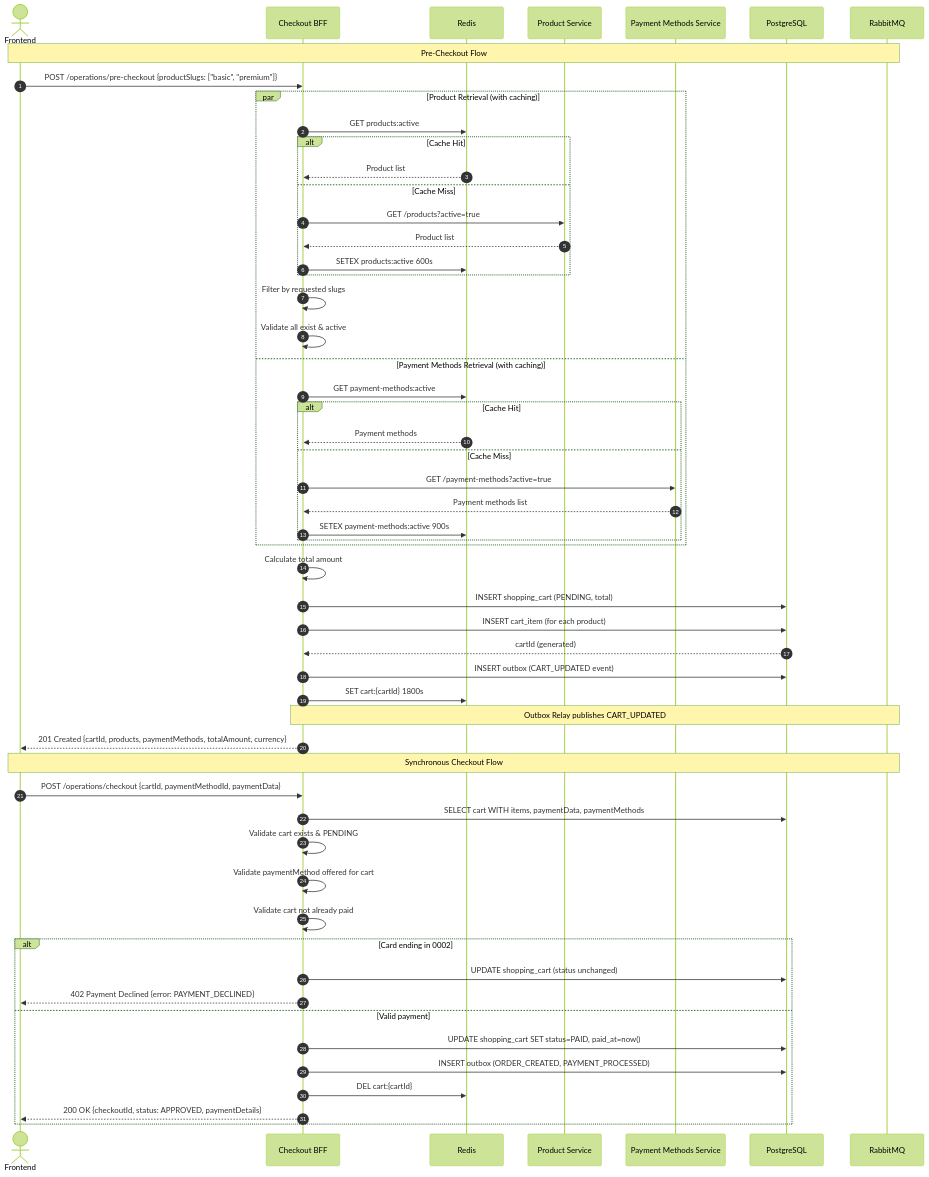
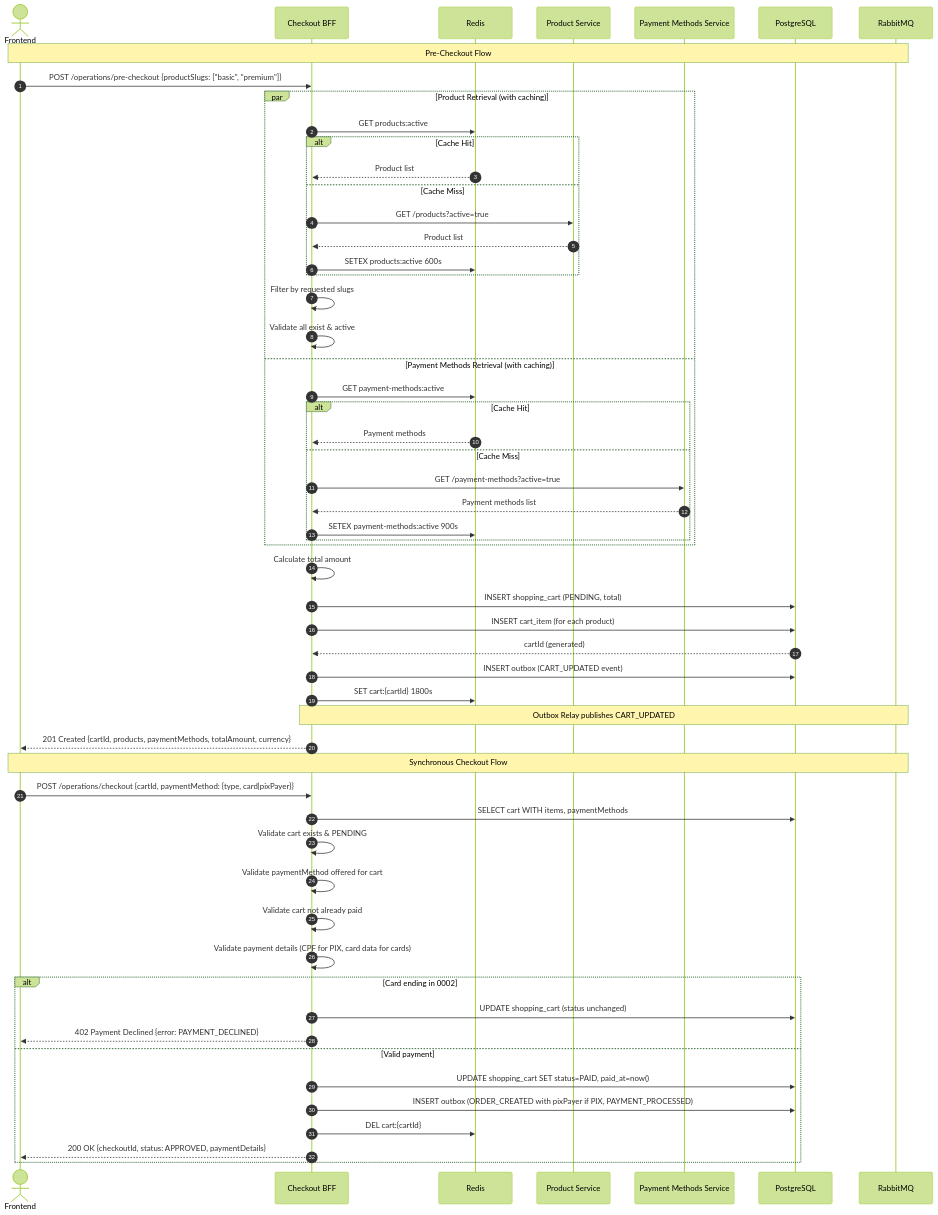
One commit to DavidBNeto/checkout-bff changed the diagram in docs/specs/diagrams/checkout-sequence.mmd. Above: the diagram before and after it, drawn with Mermaid (forest theme). The commit also changed 202 other files, not shown here.

```diff
--- a/docs/specs/diagrams/checkout-sequence.mmd
+++ b/docs/specs/diagrams/checkout-sequence.mmd
@@ -1,64 +1,65 @@
 sequenceDiagram
     autonumber
     actor FE as Frontend
     participant BFF as Checkout BFF
     participant Cache as Redis
     participant PS as Product Service
     participant PMS as Payment Methods Service
     participant DB as PostgreSQL
     participant RMQ as RabbitMQ
 
     Note over FE,RMQ: Pre-Checkout Flow
 
     FE->>BFF: POST /operations/pre-checkout {productSlugs: ["basic", "premium"]}
 
     par Product Retrieval (with caching)
         BFF->>Cache: GET products:active
         alt Cache Hit
             Cache-->>BFF: Product list
         else Cache Miss
             BFF->>PS: GET /products?active=true
             PS-->>BFF: Product list
             BFF->>Cache: SETEX products:active 600s
         end
         BFF->>BFF: Filter by requested slugs
         BFF->>BFF: Validate all exist & active
     and Payment Methods Retrieval (with caching)
         BFF->>Cache: GET payment-methods:active
         alt Cache Hit
             Cache-->>BFF: Payment methods
         else Cache Miss
             BFF->>PMS: GET /payment-methods?active=true
             PMS-->>BFF: Payment methods list
             BFF->>Cache: SETEX payment-methods:active 900s
         end
     end
 
     BFF->>BFF: Calculate total amount
     BFF->>DB: INSERT shopping_cart (PENDING, total)
     BFF->>DB: INSERT cart_item (for each product)
     DB-->>BFF: cartId (generated)
     BFF->>DB: INSERT outbox (CART_UPDATED event)
     BFF->>Cache: SET cart:{cartId} 1800s
 
     Note over BFF,RMQ: Outbox Relay publishes CART_UPDATED
 
     BFF-->>FE: 201 Created {cartId, products, paymentMethods, totalAmount, currency}
 
     Note over FE,RMQ: Synchronous Checkout Flow
 
-    FE->>BFF: POST /operations/checkout {cartId, paymentMethodId, paymentData}
-    BFF->>DB: SELECT cart WITH items, paymentData, paymentMethods
+    FE->>BFF: POST /operations/checkout {cartId, paymentMethod: {type, card|pixPayer}}
+    BFF->>DB: SELECT cart WITH items, paymentMethods
     BFF->>BFF: Validate cart exists & PENDING
     BFF->>BFF: Validate paymentMethod offered for cart
     BFF->>BFF: Validate cart not already paid
+    BFF->>BFF: Validate payment details (CPF for PIX, card data for cards)
 
     alt Card ending in 0002
         BFF->>DB: UPDATE shopping_cart (status unchanged)
         BFF-->>FE: 402 Payment Declined {error: PAYMENT_DECLINED}
     else Valid payment
         BFF->>DB: UPDATE shopping_cart SET status=PAID, paid_at=now()
-        BFF->>DB: INSERT outbox (ORDER_CREATED, PAYMENT_PROCESSED)
+        BFF->>DB: INSERT outbox (ORDER_CREATED with pixPayer if PIX, PAYMENT_PROCESSED)
         BFF->>Cache: DEL cart:{cartId}
         BFF-->>FE: 200 OK {checkoutId, status: APPROVED, paymentDetails}
     end
```
